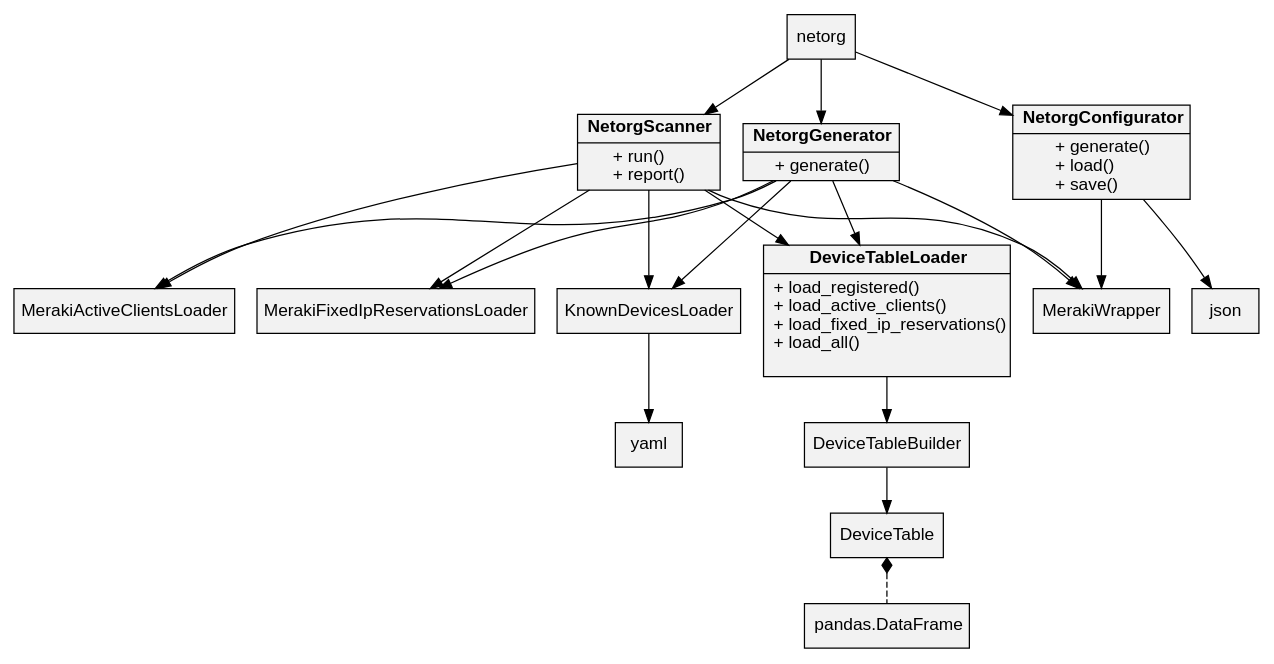
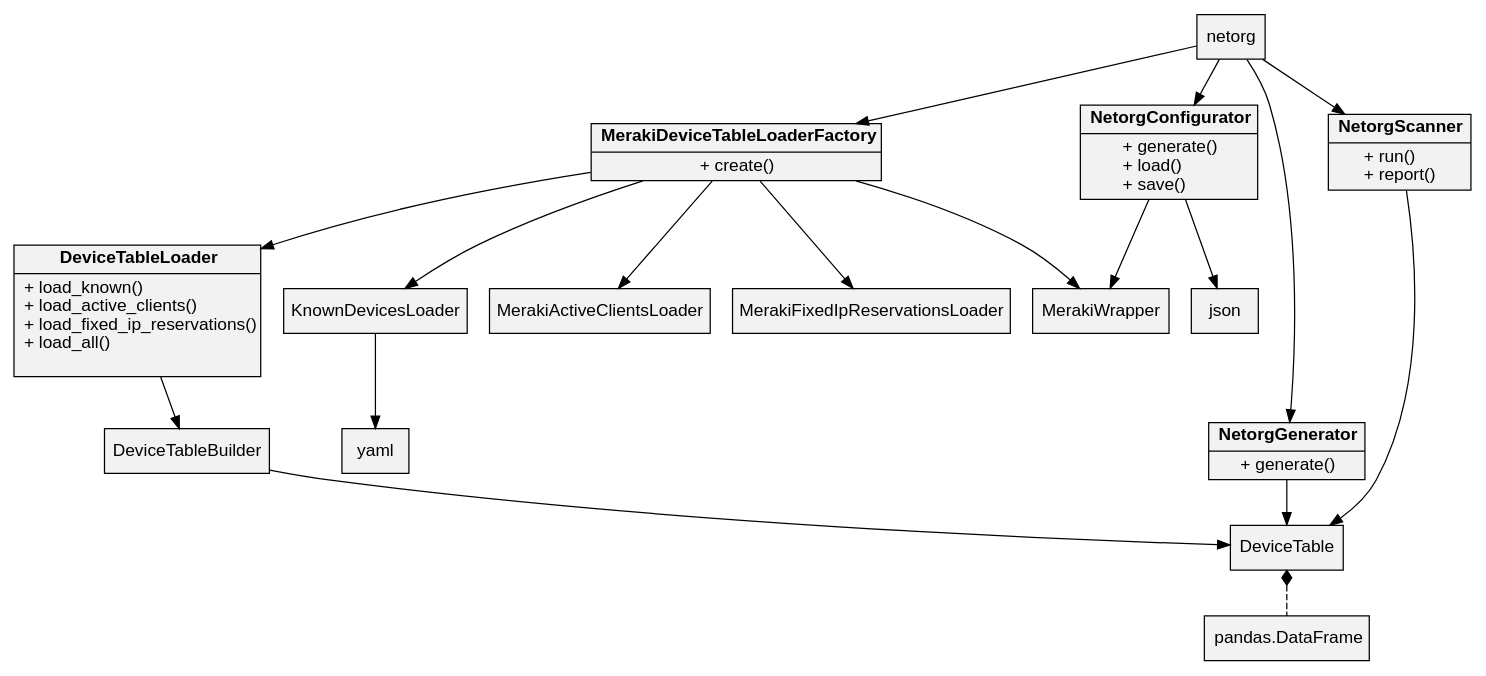
One commit to jasondchambers/netorganizer changed the diagram in netorg.dot. Above: the diagram before and after it, drawn with Graphviz. The commit also changed 2 other files, not shown here.

```diff
--- a/netorg.dot
+++ b/netorg.dot
@@ -1,38 +1,43 @@
 digraph netorg_structure {
 
     node [
 		fontname="Helvetica,Arial,sans-serif"
 		shape=record
 		style=filled
 		fillcolor=gray95
 	]
-    netorg -> { NetorgConfigurator NetorgGenerator NetorgScanner }
+    netorg -> { MerakiDeviceTableLoaderFactory NetorgConfigurator NetorgGenerator NetorgScanner }
+    MerakiDeviceTableLoaderFactory -> { DeviceTableLoader KnownDevicesLoader MerakiActiveClientsLoader MerakiFixedIpReservationsLoader MerakiWrapper}
     NetorgConfigurator -> { MerakiWrapper json }
-    NetorgGenerator -> { MerakiWrapper MerakiActiveClientsLoader MerakiFixedIpReservationsLoader KnownDevicesLoader DeviceTableLoader }
-    NetorgScanner -> { MerakiWrapper MerakiActiveClientsLoader MerakiFixedIpReservationsLoader KnownDevicesLoader DeviceTableLoader }
+    NetorgGenerator -> { DeviceTable }
+    NetorgScanner -> { DeviceTable }
     KnownDevicesLoader -> { yaml }
     DeviceTableLoader -> { DeviceTableBuilder }
     DeviceTableBuilder -> { DeviceTable }
     edge [dir=back arrowtail=diamond style=dashed]
     DeviceTable -> { DataFrame }
 
+    MerakiDeviceTableLoaderFactory [
+        label = <{<b>MerakiDeviceTableLoaderFactory</b> | + create()<br align="left"/>}>
+    ]
+    
     NetorgConfigurator[
         label = <{<b>NetorgConfigurator</b> | + generate()<br align="left"/>+ load()<br align="left"/>+ save()<br align="left"/>}>
     ]
     
     NetorgGenerator[
         label = <{<b>NetorgGenerator</b> | + generate()<br align="left"/>}>
     ]
     
     NetorgScanner[
         label = <{<b>NetorgScanner</b> | + run()<br align="left"/>+ report()<br align="left"/>}>
     ]
     
     DeviceTableLoader[
-        label = <{<b>DeviceTableLoader</b> | + load_registered()<br align="left"/>+ load_active_clients()<br align="left"/>+ load_fixed_ip_reservations()<br align="left"/>+ load_all()<br align="left"/>        }>
+        label = <{<b>DeviceTableLoader</b> | + load_known()<br align="left"/>+ load_active_clients()<br align="left"/>+ load_fixed_ip_reservations()<br align="left"/>+ load_all()<br align="left"/>        }>
     ]
     
     DataFrame [
         label = <{pandas.DataFrame}>
     ]
 }
```
